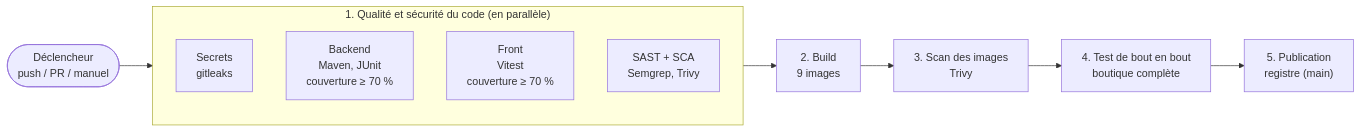
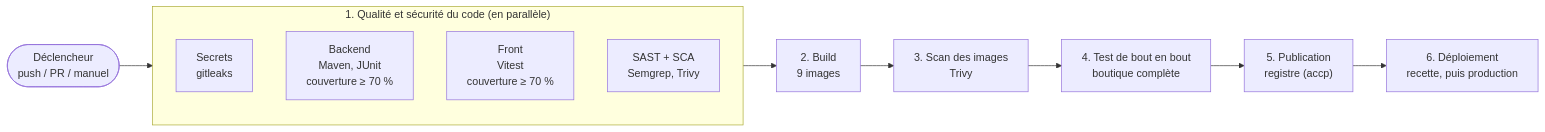
Before and after one commit to ALD3X/CESI_B3_Collab: the diagram in docs/cicd/candidats-et-criteres.md, drawn with Mermaid. The commit also changed other lines of this file and 10 other files, not shown here.

````diff
--- a/docs/cicd/candidats-et-criteres.md
+++ b/docs/cicd/candidats-et-criteres.md
@@ -58,14 +64,15 @@
 ```mermaid
 flowchart LR
     T(["Déclencheur<br/>push / PR / manuel"]) --> P
     subgraph P["1. Qualité et sécurité du code (en parallèle)"]
         S["Secrets<br/>gitleaks"]
         B["Backend<br/>Maven, JUnit<br/>couverture ≥ 70 %"]
         F["Front<br/>Vitest<br/>couverture ≥ 70 %"]
         A["SAST + SCA<br/>Semgrep, Trivy"]
     end
     P --> BI["2. Build<br/>9 images"]
     BI --> V["3. Scan des images<br/>Trivy"]
     V --> SM["4. Test de bout en bout<br/>boutique complète"]
-    SM --> PUB["5. Publication<br/>registre (main)"]
+    SM --> PUB["5. Publication<br/>registre (accp)"]
+    PUB --> DEP["6. Déploiement<br/>recette, puis production"]
 ```
````
